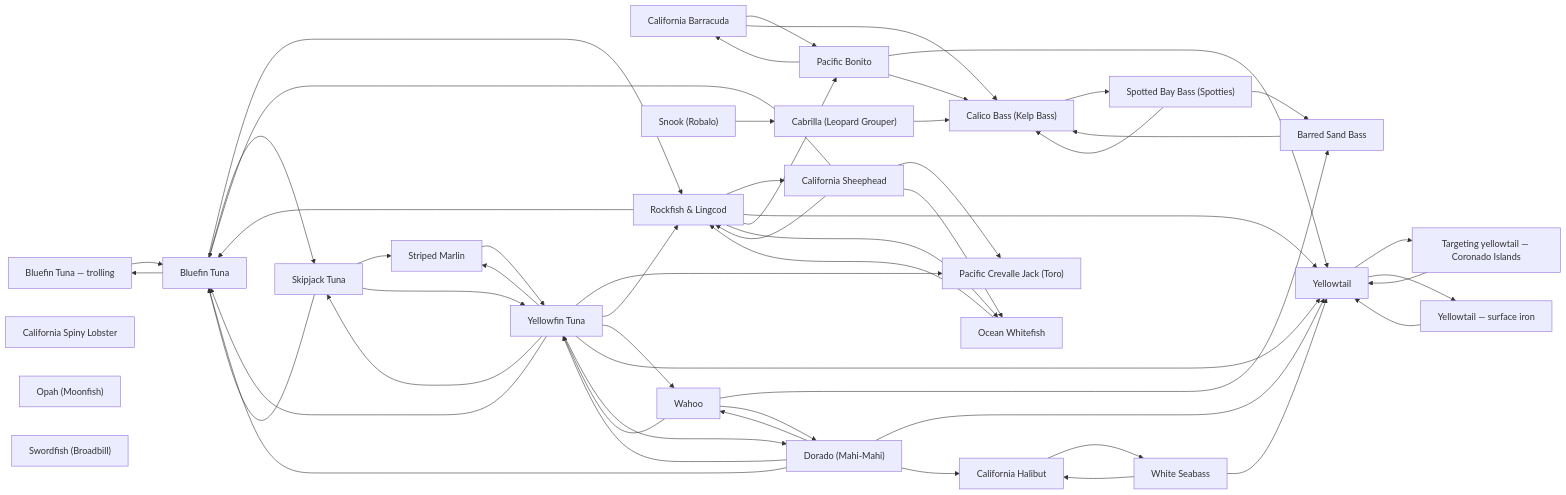
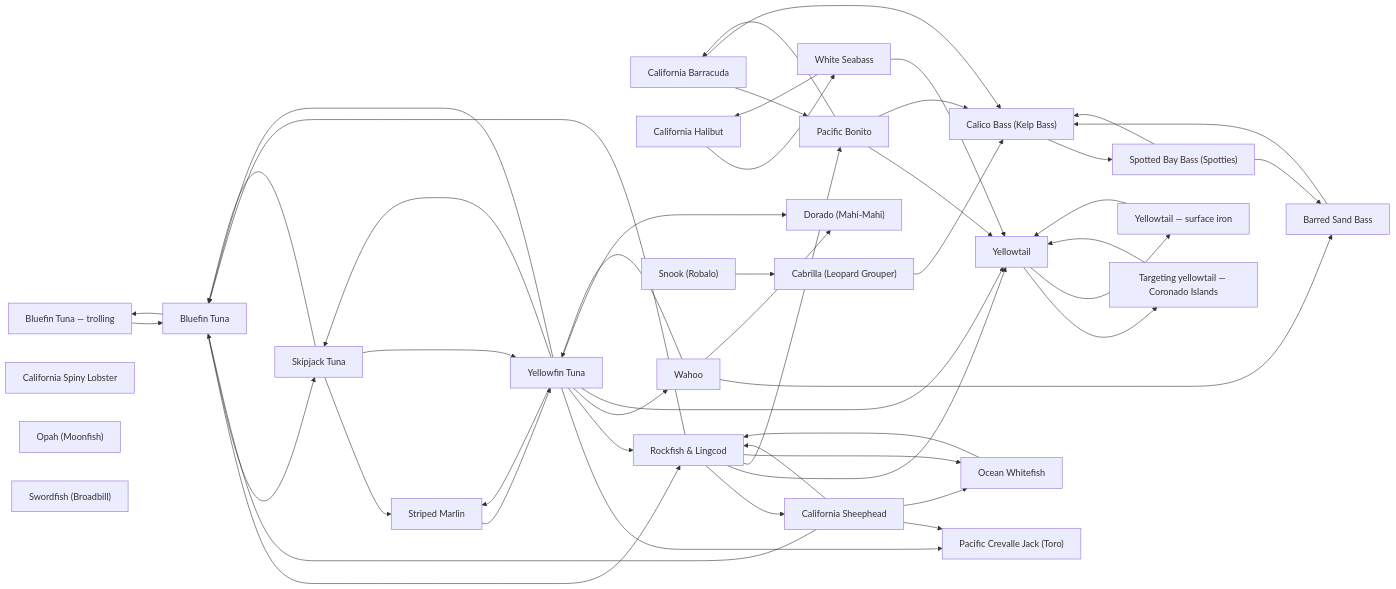
Before and after one commit to camchuckpete-max/Socal-Fishing-Knowledge: the diagram in species/README.md, drawn with Mermaid. The commit also changed other lines of this file and 19 other files, not shown here.

````diff
--- a/species/README.md
+++ b/species/README.md
@@ -42,81 +42,76 @@
 ```mermaid
 graph LR
   n0["California Barracuda"]
   n1["Bluefin Tuna — trolling"]
   n2["Bluefin Tuna"]
   n3["Pacific Bonito"]
   n4["Cabrilla (Leopard Grouper)"]
   n5["Calico Bass (Kelp Bass)"]
   n6["California Halibut"]
   n7["California Spiny Lobster"]
   n8["Dorado (Mahi-Mahi)"]
   n9["Ocean Whitefish"]
   n10["Opah (Moonfish)"]
   n11["Pacific Crevalle Jack (Toro)"]
   n12["Rockfish & Lingcod"]
   n13["Barred Sand Bass"]
   n14["California Sheephead"]
   n15["Skipjack Tuna"]
   n16["Snook (Robalo)"]
   n17["Spotted Bay Bass (Spotties)"]
   n18["Striped Marlin"]
   n19["Swordfish (Broadbill)"]
   n20["Wahoo"]
   n21["White Seabass"]
   n22["Yellowfin Tuna"]
   n23["Targeting yellowtail — Coronado Islands"]
   n24["Yellowtail — surface iron"]
   n25["Yellowtail"]
   n0 --> n3
   n0 --> n5
   n1 --> n2
   n12 --> n14
   n12 --> n2
   n12 --> n25
   n12 --> n3
   n12 --> n9
   n13 --> n5
   n14 --> n11
   n14 --> n12
   n14 --> n2
   n14 --> n9
   n15 --> n18
   n15 --> n2
   n15 --> n22
   n16 --> n4
   n17 --> n13
   n17 --> n5
   n18 --> n22
   n2 --> n1
   n2 --> n12
   n2 --> n15
   n20 --> n13
   n20 --> n22
   n20 --> n8
   n21 --> n25
   n21 --> n6
   n22 --> n11
   n22 --> n12
   n22 --> n15
   n22 --> n18
   n22 --> n2
   n22 --> n20
   n22 --> n25
   n22 --> n8
   n23 --> n25
   n24 --> n25
   n25 --> n23
   n25 --> n24
   n3 --> n0
   n3 --> n25
   n3 --> n5
   n4 --> n5
   n5 --> n17
   n6 --> n21
-  n8 --> n2
-  n8 --> n20
-  n8 --> n22
-  n8 --> n25
-  n8 --> n6
   n9 --> n12
 ```
````
